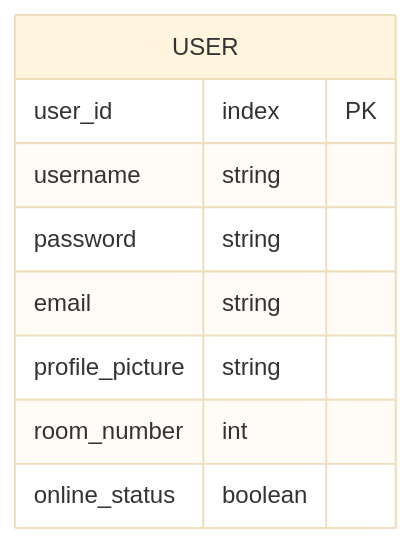
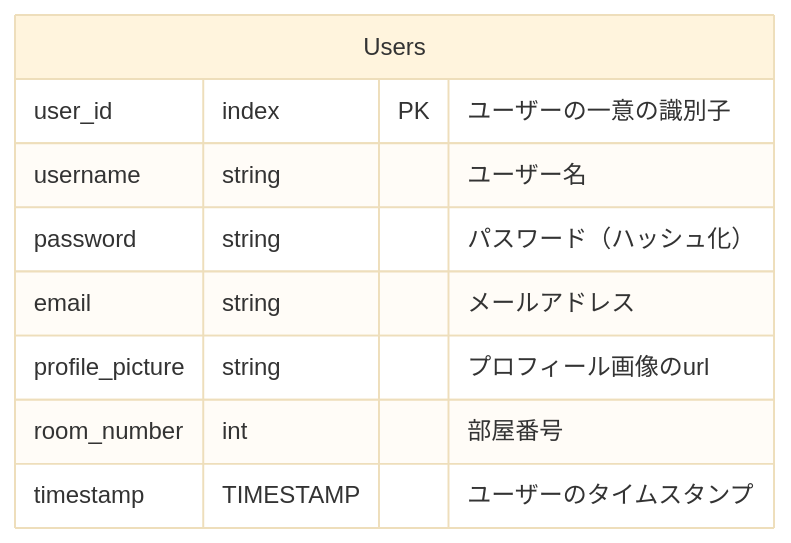
Before and after one commit to tomo1818/kawasaki-app: the first of 8 diagrams in document/外部設計/db設計.md, drawn with Mermaid (base theme). The commit also changed other lines of this file, not shown here.

````diff
--- a/document/外部設計/db設計.md
+++ b/document/外部設計/db設計.md
@@ -4,12 +4,12 @@
 ```mermaid
 erDiagram
-USER {
-  user_id index   PK
-  username string
-  password string
-  email    string
-  profile_picture string
-  room_number int 
-  online_status boolean
+Users {
+  user_id index   PK "ユーザーの一意の識別子"
+  username string "ユーザー名"
+  password string "パスワード（ハッシュ化）"
+  email    string "メールアドレス"
+  profile_picture string "プロフィール画像のurl"
+  room_number int "部屋番号"
+  timestamp TIMESTAMP "ユーザーのタイムスタンプ"
 }
 ```
````
